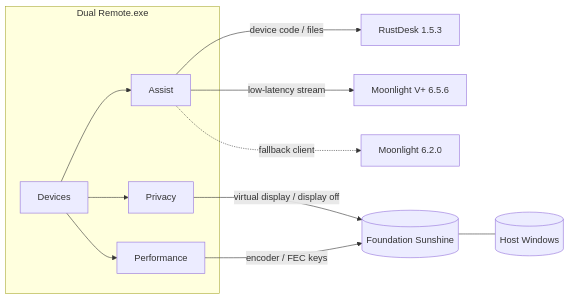
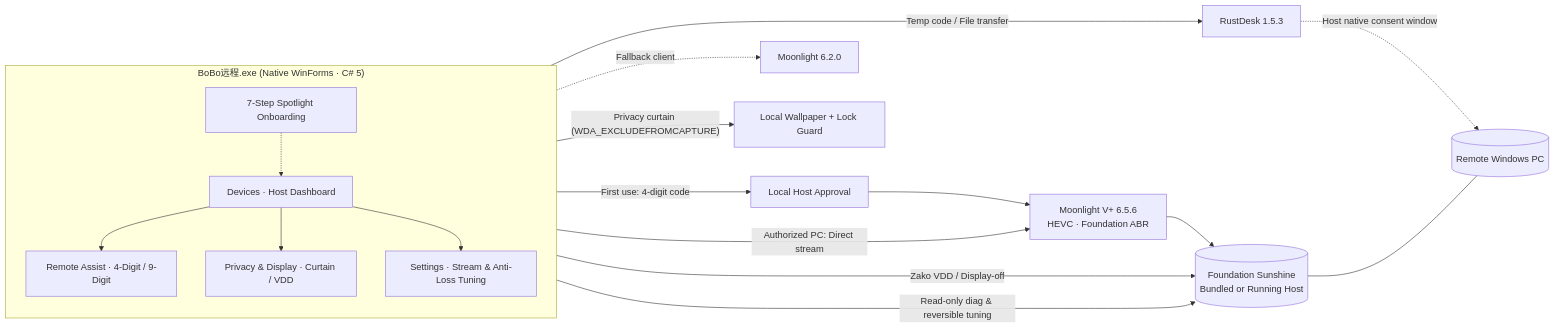
One commit to Gluxggg/BoBo-Remote changed the diagram in README.en.md. Above: the diagram before and after it, drawn with Mermaid. The commit also changed other lines of this file and 31 other files, not shown here.

````diff
--- a/README.en.md
+++ b/README.en.md
@@ -59,14 +51,24 @@
 ```mermaid
 flowchart LR
-  subgraph L[Dual Remote.exe]
-    A[Devices] --> B[Assist]
-    A --> C[Privacy]
-    A --> D[Performance]
+  subgraph L["BoBo远程.exe (Native WinForms · C# 5)"]
+    direction TB
+    G["7-Step Spotlight Onboarding"] -.-> A["Devices · Host Dashboard"]
+    A --> B["Remote Assist · 4-Digit / 9-Digit"]
+    A --> C["Privacy & Display · Curtain / VDD"]
+    A --> D["Settings · Stream & Anti-Loss Tuning"]
   end
-  B -->|device code / files| R[RustDesk 1.5.3]
-  B -->|low-latency stream| V[Moonlight V+ 6.5.6]
-  B -.->|fallback client| M[Moonlight 6.2.0]
-  C -->|virtual display / display off| S[(Foundation Sunshine)]
-  D -->|encoder / FEC keys| S
-  S --- H[(Host Windows)]
+
+  B -->|"Authorized PC: Direct stream"| V["Moonlight V+ 6.5.6<br/>HEVC · Foundation ABR"]
+  B -->|"First use: 4-digit code"| P["Local Host Approval"]
+  P --> V
+  B -.->|"Fallback client"| M["Moonlight 6.2.0"]
+  B -->|"Temp code / File transfer"| R["RustDesk 1.5.3"]
+
+  C -->|"Privacy curtain (WDA_EXCLUDEFROMCAPTURE)"| W["Local Wallpaper + Lock Guard"]
+  C -->|"Zako VDD / Display-off"| S[("Foundation Sunshine<br/>Bundled or Running Host")]
+  D -->|"Read-only diag & reversible tuning"| S
+
+  V --> S
+  R -.->|"Host native consent window"| H[("Remote Windows PC")]
+  S --- H
 ```
````
